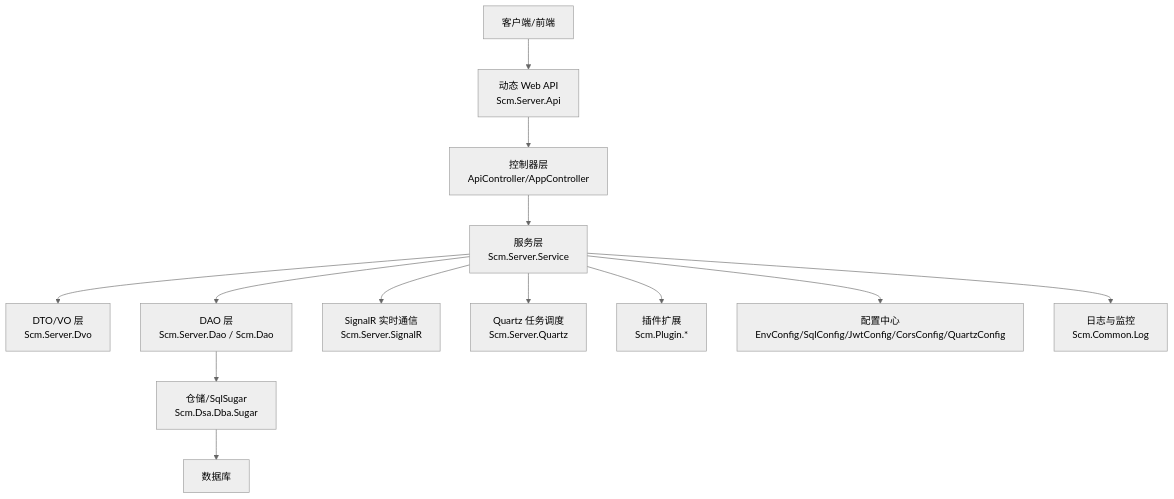
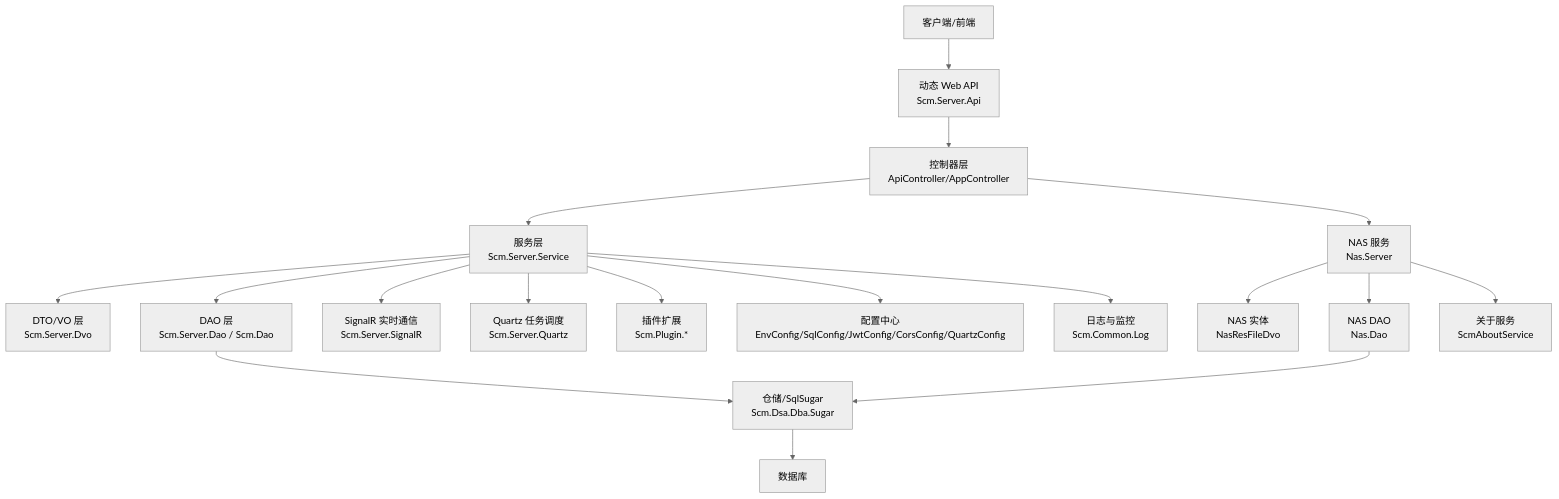
The third of 8 diagrams in .qoder/repowiki/zh/content/项目概述/项目概述.md (leadiot/Scm.Net), drawn with Mermaid (neutral theme) before and after one commit. The commit also changed other lines of this file and 126 other files, not shown here.

````diff
--- a/.qoder/repowiki/zh/content/项目概述/项目概述.md
+++ b/.qoder/repowiki/zh/content/项目概述/项目概述.md
@@ -200,15 +416,20 @@
 ```mermaid
 graph TB
 Client["客户端/前端"] --> API["动态 Web API<br/>Scm.Server.Api"]
 API --> Ctrl["控制器层<br/>ApiController/AppController"]
 Ctrl --> Svc["服务层<br/>Scm.Server.Service"]
+Ctrl --> NasSvc["NAS 服务<br/>Nas.Server"]
 Svc --> Dvo["DTO/VO 层<br/>Scm.Server.Dvo"]
 Svc --> Dao["DAO 层<br/>Scm.Server.Dao / Scm.Dao"]
 Dao --> Repo["仓储/SqlSugar<br/>Scm.Dsa.Dba.Sugar"]
 Repo --> DB["数据库"]
+NasSvc --> NasDvo["NAS 实体<br/>NasResFileDvo"]
+NasSvc --> NasDao["NAS DAO<br/>Nas.Dao"]
+NasDao --> Repo
 Svc --> Sig["SignalR 实时通信<br/>Scm.Server.SignalR"]
 Svc --> Qrtz["Quartz 任务调度<br/>Scm.Server.Quartz"]
 Svc --> Plg["插件扩展<br/>Scm.Plugin.*"]
 Svc --> Cfg["配置中心<br/>EnvConfig/SqlConfig/JwtConfig/CorsConfig/QuartzConfig"]
 Svc --> Log["日志与监控<br/>Scm.Common.Log"]
+NasSvc --> About["关于服务<br/>ScmAboutService"]
 ```
````
